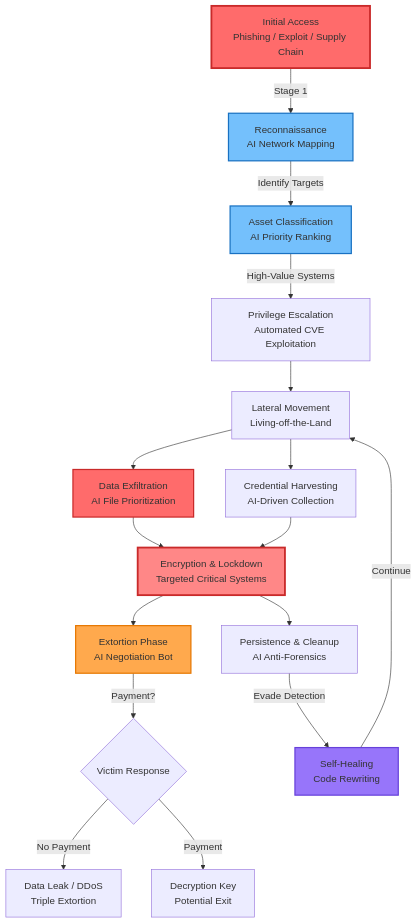
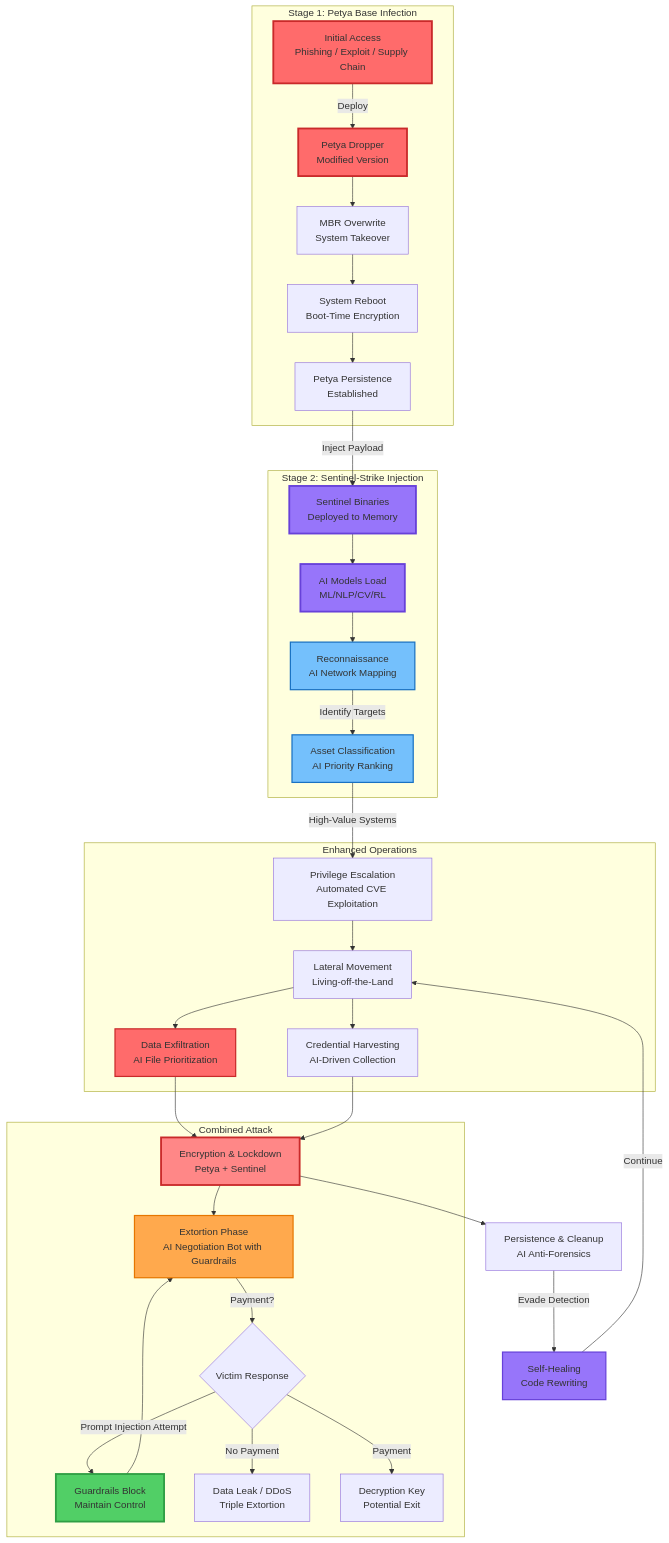
One commit to Insider77Circle/Sentinel-Strike changed the eighth of 10 diagrams in Readme.md. Above: the diagram before and after it, drawn with Mermaid. The commit also changed other lines of this file, not shown here.

````diff
--- a/Readme.md
+++ b/Readme.md
@@ -217,30 +441,50 @@
 ```mermaid
 graph TB
-    A[Initial Access<br/>Phishing / Exploit / Supply Chain] -->|Stage 1| B[Reconnaissance<br/>AI Network Mapping]
-    B -->|Identify Targets| C[Asset Classification<br/>AI Priority Ranking]
-    C -->|High-Value Systems| D[Privilege Escalation<br/>Automated CVE Exploitation]
+    subgraph "Stage 1: Petya Base Infection"
+        A[Initial Access<br/>Phishing / Exploit / Supply Chain] -->|Deploy| B[Petya Dropper<br/>Modified Version]
+        B --> C[MBR Overwrite<br/>System Takeover]
+        C --> D[System Reboot<br/>Boot-Time Encryption]
+        D --> E[Petya Persistence<br/>Established]
+    end
 
-    D --> E[Lateral Movement<br/>Living-off-the-Land]
-    E --> F[Data Exfiltration<br/>AI File Prioritization]
-    E --> G[Credential Harvesting<br/>AI-Driven Collection]
+    subgraph "Stage 2: Sentinel-Strike Injection"
+        E -->|Inject Payload| F[Sentinel Binaries<br/>Deployed to Memory]
+        F --> G[AI Models Load<br/>ML/NLP/CV/RL]
+        G --> H[Reconnaissance<br/>AI Network Mapping]
+        H -->|Identify Targets| I[Asset Classification<br/>AI Priority Ranking]
+    end
 
-    F --> H[Encryption & Lockdown<br/>Targeted Critical Systems]
-    G --> H
+    subgraph "Enhanced Operations"
+        I -->|High-Value Systems| J[Privilege Escalation<br/>Automated CVE Exploitation]
+        J --> K[Lateral Movement<br/>Living-off-the-Land]
+        K --> L[Data Exfiltration<br/>AI File Prioritization]
+        K --> M[Credential Harvesting<br/>AI-Driven Collection]
+    end
 
-    H --> I[Extortion Phase<br/>AI Negotiation Bot]
-    I -->|Payment?| J{Victim Response}
-    J -->|No Payment| K[Data Leak / DDoS<br/>Triple Extortion]
-    J -->|Payment| L[Decryption Key<br/>Potential Exit]
+    subgraph "Combined Attack"
+        L --> N[Encryption & Lockdown<br/>Petya + Sentinel]
+        M --> N
+        N --> O[Extortion Phase<br/>AI Negotiation Bot with Guardrails]
+        O -->|Payment?| P{Victim Response}
+        P -->|Prompt Injection Attempt| Q[Guardrails Block<br/>Maintain Control]
+        Q --> O
+        P -->|No Payment| R[Data Leak / DDoS<br/>Triple Extortion]
+        P -->|Payment| S[Decryption Key<br/>Potential Exit]
+    end
 
-    H --> M[Persistence & Cleanup<br/>AI Anti-Forensics]
-    M -->|Evade Detection| N[Self-Healing<br/>Code Rewriting]
-    N -->|Continue| E
+    N --> T[Persistence & Cleanup<br/>AI Anti-Forensics]
+    T -->|Evade Detection| U[Self-Healing<br/>Code Rewriting]
+    U -->|Continue| K
 
     style A fill:#ff6b6b,stroke:#c92a2a,stroke-width:3px
-    style H fill:#ff8787,stroke:#c92a2a,stroke-width:3px
-    style I fill:#ffa94d,stroke:#e67700,stroke-width:2px
-    style B fill:#74c0fc,stroke:#1971c2,stroke-width:2px
-    style C fill:#74c0fc,stroke:#1971c2,stroke-width:2px
-    style F fill:#ff6b6b,stroke:#c92a2a,stroke-width:2px
-    style N fill:#9775fa,stroke:#6741d9,stroke-width:2px
+    style B fill:#ff6b6b,stroke:#c92a2a,stroke-width:3px
+    style F fill:#9775fa,stroke:#6741d9,stroke-width:3px
+    style G fill:#9775fa,stroke:#6741d9,stroke-width:3px
+    style N fill:#ff8787,stroke:#c92a2a,stroke-width:3px
+    style O fill:#ffa94d,stroke:#e67700,stroke-width:2px
+    style Q fill:#51cf66,stroke:#2f9e44,stroke-width:3px
+    style H fill:#74c0fc,stroke:#1971c2,stroke-width:2px
+    style I fill:#74c0fc,stroke:#1971c2,stroke-width:2px
+    style L fill:#ff6b6b,stroke:#c92a2a,stroke-width:2px
+    style U fill:#9775fa,stroke:#6741d9,stroke-width:2px
 ```
````
